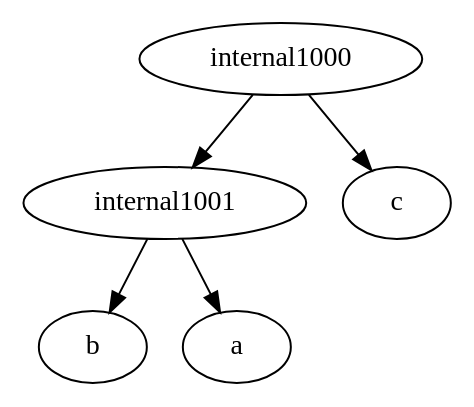
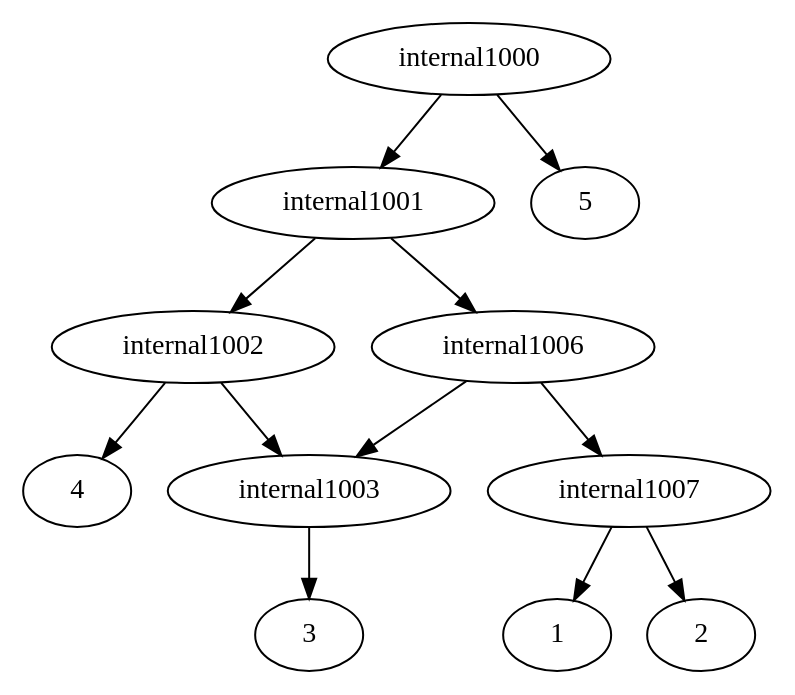
The diagram in ParsingTxt/upload.dot (iharnoor/PhylogeneticsWebsite), drawn with Graphviz before and after one commit. The commit also changed 7 other files, not shown here.

```diff
--- a/ParsingTxt/upload.dot
+++ b/ParsingTxt/upload.dot
@@ -1,6 +1,14 @@
 strict digraph G1 {
-internal1001 -> b
-internal1001 -> a
-internal1000 -> c
 internal1000 -> internal1001
+internal1000 -> 5
+internal1001 -> internal1002
+internal1001 -> internal1006
+internal1002 -> internal1003
+internal1002 -> 4
+internal1003 -> 3
+internal1006 -> internal1007
+internal1006 -> internal1003
+internal1007 -> 1
+internal1007 -> 2
+internal1003 -> 3
 }
```
